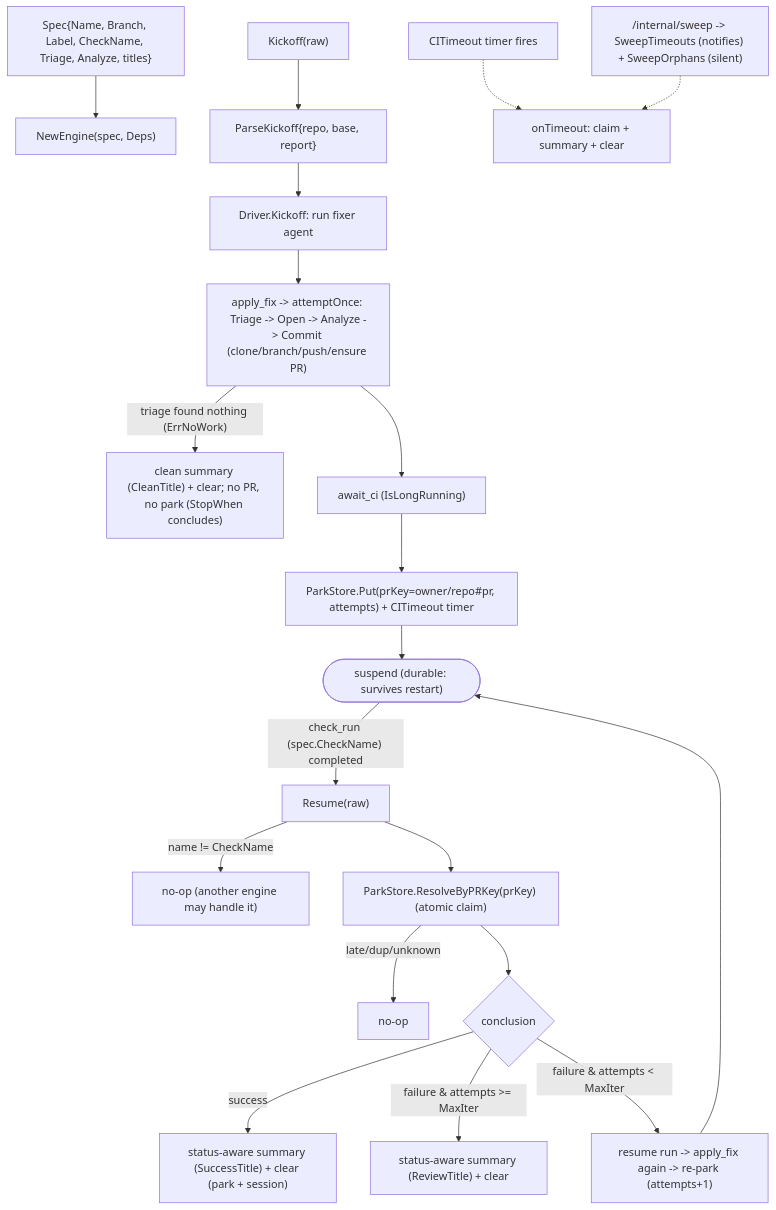
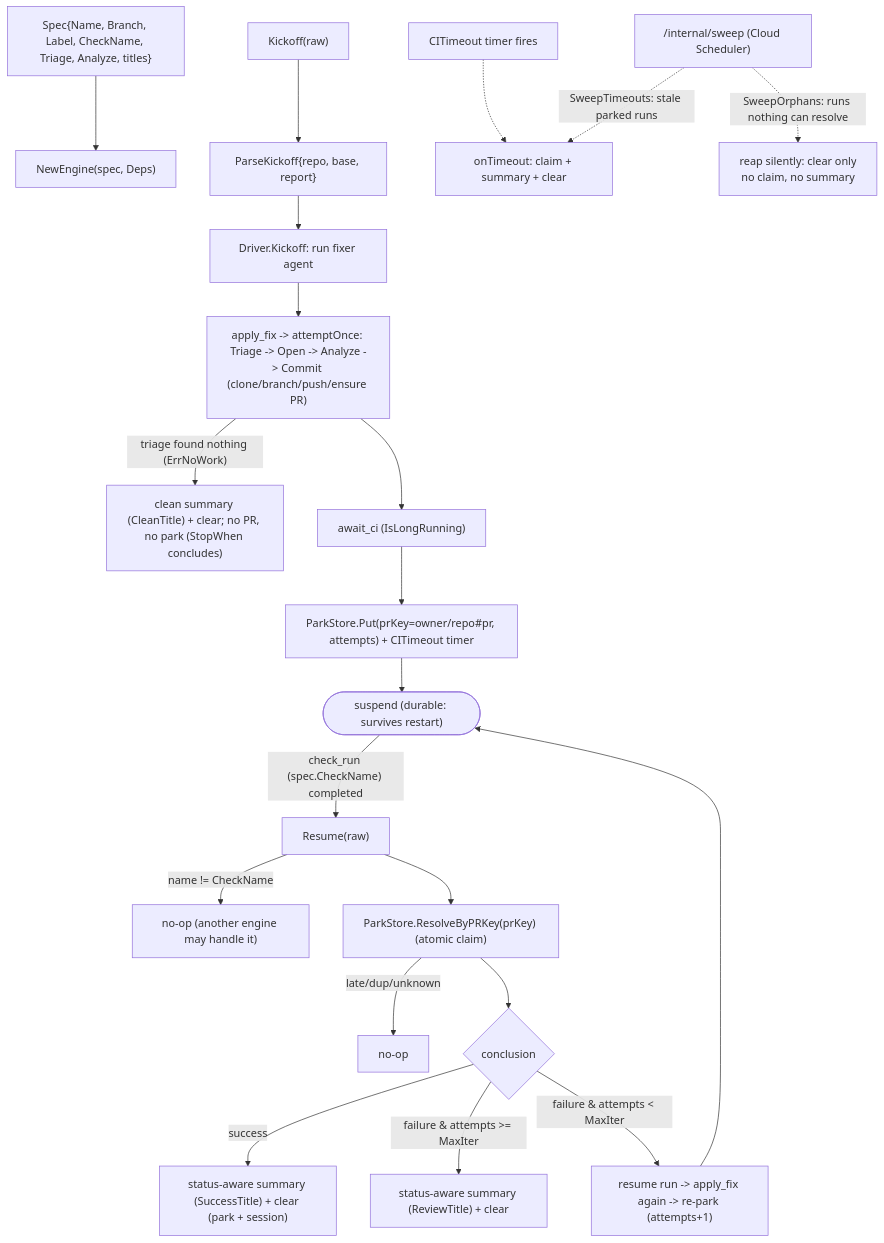
One commit to jkjamies/automation-agent changed the diagram in okf/modules/agents/fixflow.md. Above: the diagram before and after it, drawn with Mermaid. The commit also changed other lines of this file and 5 other files, not shown here.

````diff
--- a/okf/modules/agents/fixflow.md
+++ b/okf/modules/agents/fixflow.md
@@ -34,23 +34,24 @@
 ```mermaid
 flowchart TD
     Spec["Spec{Name, Branch, Label, CheckName, Triage, Analyze, titles}"] --> E["NewEngine(spec, Deps)"]
     K["Kickoff(raw)"] --> KP["ParseKickoff{repo, base, report}"]
     KP --> DK["Driver.Kickoff: run fixer agent"]
     DK --> AF["apply_fix -> attemptOnce: Triage -> Open -> Analyze -> Commit (clone/branch/push/ensure PR)"]
     AF -->|"triage found nothing (ErrNoWork)"| CLN["clean summary (CleanTitle) + clear; no PR, no park (StopWhen concludes)"]
     AF --> AW["await_ci (IsLongRunning)"]
     AW --> PK["ParkStore.Put(prKey=owner/repo#pr, attempts) + CITimeout timer"]
     PK --> SUS(["suspend (durable: survives restart)"])
 
     SUS -->|"check_run (spec.CheckName) completed"| R["Resume(raw)"]
     R -->|"name != CheckName"| NO["no-op (another engine may handle it)"]
     R --> RES["ParkStore.ResolveByPRKey(prKey) (atomic claim)"]
     RES -->|"late/dup/unknown"| NO2["no-op"]
     RES --> C{conclusion}
     C -->|success| OK["status-aware summary (SuccessTitle) + clear (park + session)"]
     C -->|"failure & attempts >= MaxIter"| HRV["status-aware summary (ReviewTitle) + clear"]
     C -->|"failure & attempts < MaxIter"| RT["resume run -> apply_fix again -> re-park (attempts+1)"]
     RT --> SUS
     TO["CITimeout timer fires"] -.-> TON["onTimeout: claim + summary + clear"]
-    SW["/internal/sweep -> SweepTimeouts (notifies) + SweepOrphans (silent)"] -.-> TON
+    SW["/internal/sweep (Cloud Scheduler)"] -.->|"SweepTimeouts: stale parked runs"| TON
+    SW -.->|"SweepOrphans: runs nothing can resolve"| ORPH["reap silently: clear only<br/>no claim, no summary"]
 ```
````
